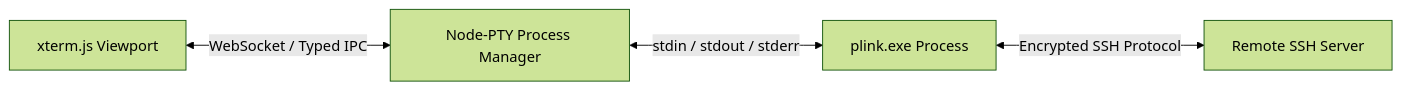
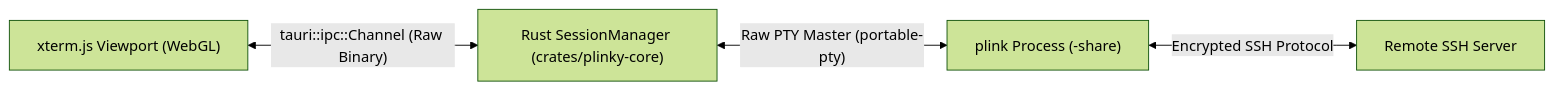
Before and after one commit to ArisAlt/Plinky: the diagram in specs/PUTTY_WRAPPER_SPEC.md, drawn with Mermaid (forest theme). The commit also changed other lines of this file and 6 other files, not shown here.

Commit message:
docs: integrate Claude Sonnet 5 architectural review (msg #91)

````diff
--- a/specs/PUTTY_WRAPPER_SPEC.md
+++ b/specs/PUTTY_WRAPPER_SPEC.md
@@ -207,6 +222,6 @@
 ```mermaid
 flowchart LR
-    UI["xterm.js Viewport"] <-->|"WebSocket / Typed IPC"| Backend["Node-PTY Process Manager"]
-    Backend <-->|"stdin / stdout / stderr"| Plink["plink.exe Process"]
+    UI["xterm.js Viewport (WebGL)"] <-->|"tauri::ipc::Channel (Raw Binary)"| Backend["Rust SessionManager (crates/plinky-core)"]
+    Backend <-->|"Raw PTY Master (portable-pty)"| Plink["plink Process (-share)"]
     Plink <-->|"Encrypted SSH Protocol"| Remote["Remote SSH Server"]
 ```
````
